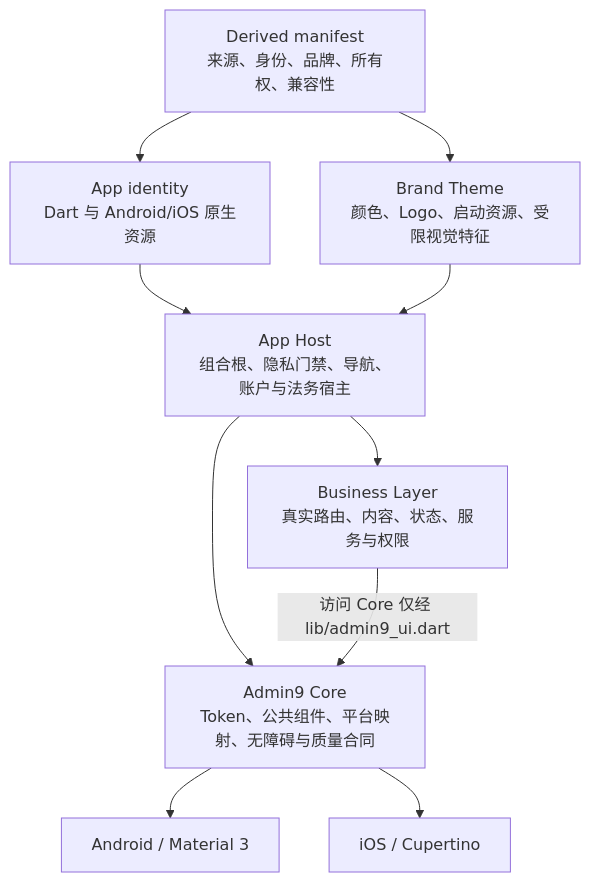
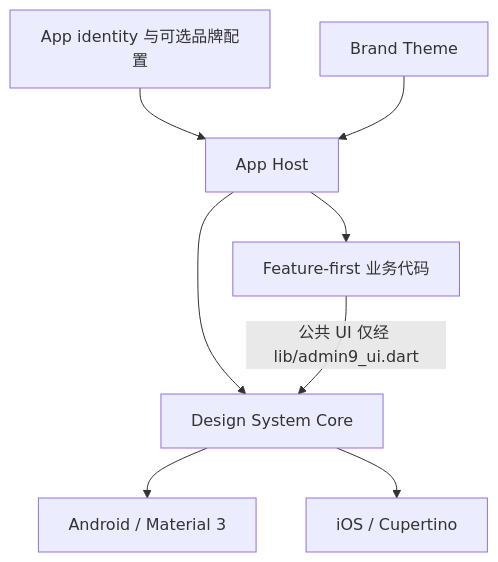
One commit to admin9-labs/admin9-app-flutter changed the diagram in docs/zh-CN/README.md. Above: the diagram before and after it, drawn with Mermaid. The commit also changed other lines of this file and 113 other files, not shown here.

Commit message:
refactor!: reposition project as Admin9 App Starter

````diff
--- a/docs/zh-CN/README.md
+++ b/docs/zh-CN/README.md
@@ -40,12 +27,10 @@
 ```mermaid
 flowchart TB
-    M["Derived manifest<br/>来源、身份、品牌、所有权、兼容性"] --> I["App identity<br/>Dart 与 Android/iOS 原生资源"]
-    M --> B["Brand Theme<br/>颜色、Logo、启动资源、受限视觉特征"]
-    I --> H["App Host<br/>组合根、隐私门禁、导航、账户与法务宿主"]
-    B --> H
-    H --> C["Admin9 Core<br/>Token、公共组件、平台映射、无障碍与质量合同"]
-    H --> U["Business Layer<br/>真实路由、内容、状态、服务与权限"]
-    U -->|"访问 Core 仅经 lib/admin9_ui.dart"| C
+    I["App identity 与可选品牌配置"] --> H["App Host"]
+    B["Brand Theme"] --> H
+    H --> C["Design System Core"]
+    H --> F["Feature-first 业务代码"]
+    F -->|"公共 UI 仅经 lib/admin9_ui.dart"| C
     C --> A["Android / Material 3"]
     C --> P["iOS / Cupertino"]
 ```
````
